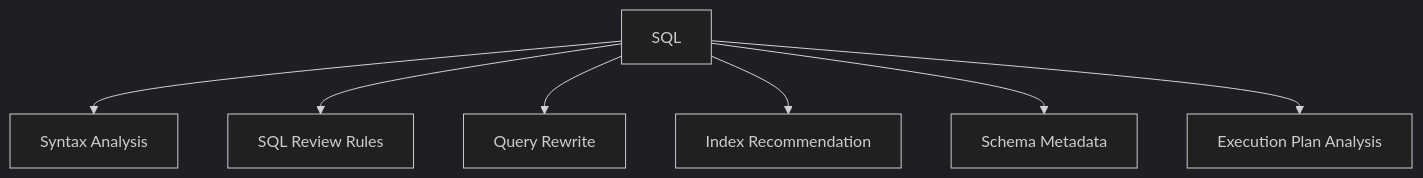
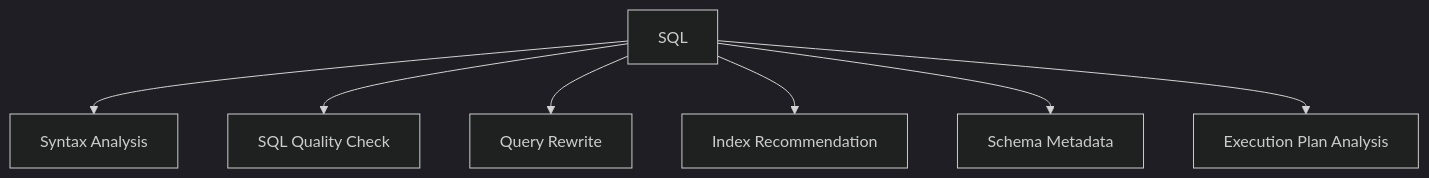
The third of 10 diagrams in docs/en/use-cases/sql-quality-gate-cicd.mdx (PawSQL/pawsql-docs-mantlify), drawn with Mermaid (dark theme) before and after one commit. The commit also changed other lines of this file and 143 other files, not shown here.

````diff
--- a/docs/en/use-cases/sql-quality-gate-cicd.mdx
+++ b/docs/en/use-cases/sql-quality-gate-cicd.mdx
@@ -242,9 +242,9 @@
 ```mermaid
 flowchart TD
     A[SQL] --> B[Syntax Analysis]
-    A --> C[SQL Review Rules]
+    A --> C[SQL Quality Check]
     A --> D[Query Rewrite]
     A --> E[Index Recommendation]
     A --> F[Schema Metadata]
     A --> G[Execution Plan Analysis]
 ```
````
